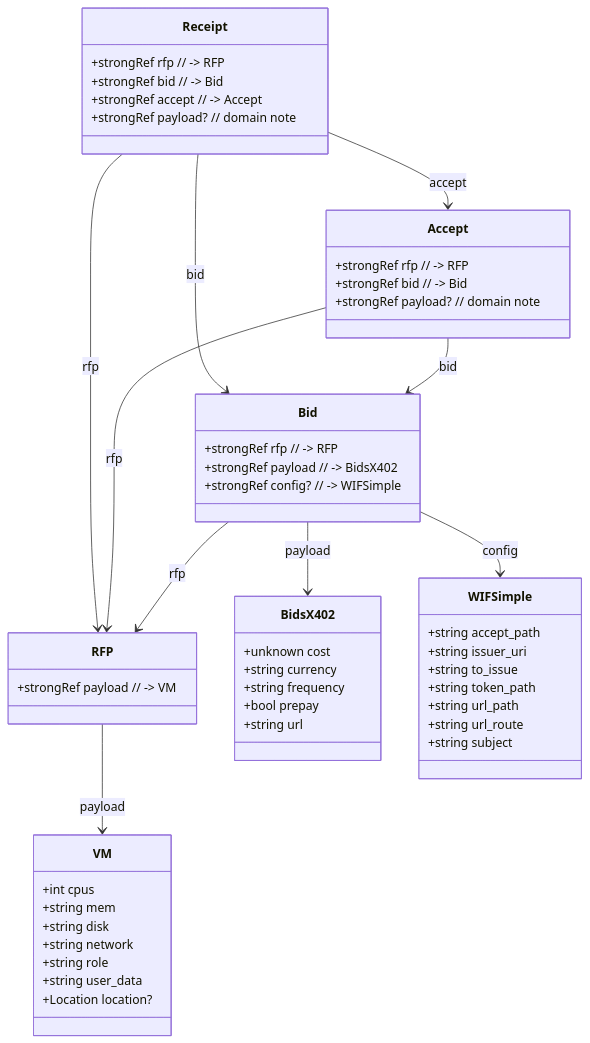
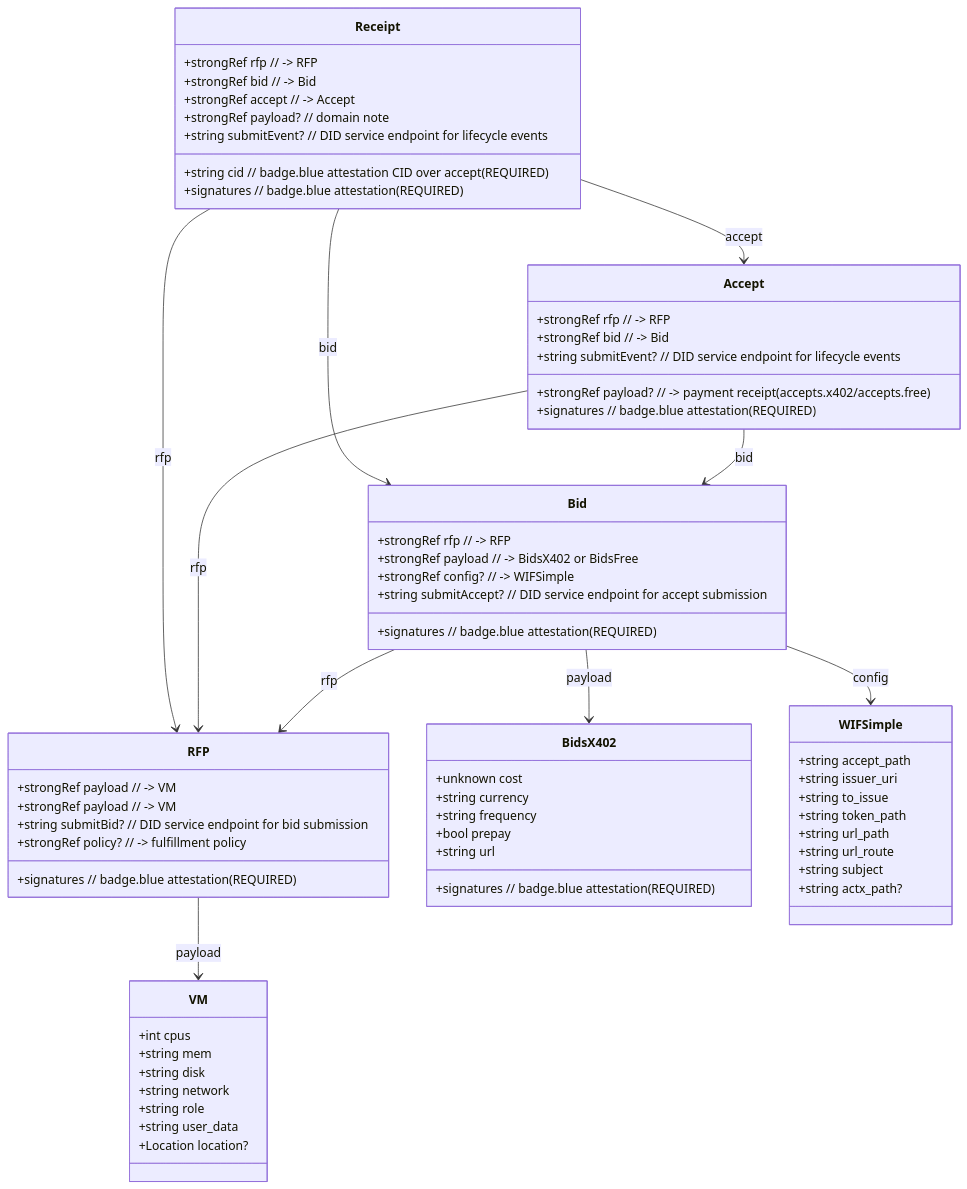
One commit to johnandersen777/compute-contract changed the first of 7 diagrams in README.md. Above: the diagram before and after it, drawn with Mermaid. The commit also changed other lines of this file, not shown here.

````diff
--- a/README.md
+++ b/README.md
@@ -60,56 +77,71 @@
 ```mermaid
 classDiagram
     class RFP {
       +strongRef payload  // -> VM
     }
     class VM {
       +int cpus
       +string mem
       +string disk
       +string network
       +string role
       +string user_data
       +Location location?
     }
+    class RFP {
+      +strongRef payload   // -> VM
+      +signatures          // badge.blue attestation (REQUIRED)
+      +string submitBid?   // DID service endpoint for bid submission
+      +strongRef policy?   // -> fulfillment policy
+    }
     class Bid {
-      +strongRef rfp      // -> RFP
-      +strongRef payload  // -> BidsX402
-      +strongRef config?  // -> WIFSimple
+      +strongRef rfp       // -> RFP
+      +strongRef payload   // -> BidsX402 or BidsFree
+      +strongRef config?   // -> WIFSimple
+      +signatures          // badge.blue attestation (REQUIRED)
+      +string submitAccept? // DID service endpoint for accept submission
     }
     class BidsX402 {
       +unknown cost
       +string currency
       +string frequency
       +bool prepay
       +string url
+      +signatures          // badge.blue attestation (REQUIRED)
     }
     class WIFSimple {
       +string accept_path
       +string issuer_uri
       +string to_issue
       +string token_path
       +string url_path
       +string url_route
       +string subject
+      +string actx_path?
     }
     class Accept {
       +strongRef rfp      // -> RFP
       +strongRef bid      // -> Bid
-      +strongRef payload? // domain note
+      +strongRef payload? // -> payment receipt (accepts.x402/accepts.free)
+      +signatures         // badge.blue attestation (REQUIRED)
+      +string submitEvent? // DID service endpoint for lifecycle events
     }
     class Receipt {
       +strongRef rfp      // -> RFP
       +strongRef bid      // -> Bid
       +strongRef accept   // -> Accept
       +strongRef payload? // domain note
+      +string cid         // badge.blue attestation CID over accept (REQUIRED)
+      +signatures         // badge.blue attestation (REQUIRED)
+      +string submitEvent? // DID service endpoint for lifecycle events
     }
     RFP --> VM : payload
     Bid --> RFP : rfp
     Bid --> BidsX402 : payload
     Bid --> WIFSimple : config
     Accept --> RFP : rfp
     Accept --> Bid : bid
     Receipt --> RFP : rfp
     Receipt --> Bid : bid
     Receipt --> Accept : accept
 ```
````
